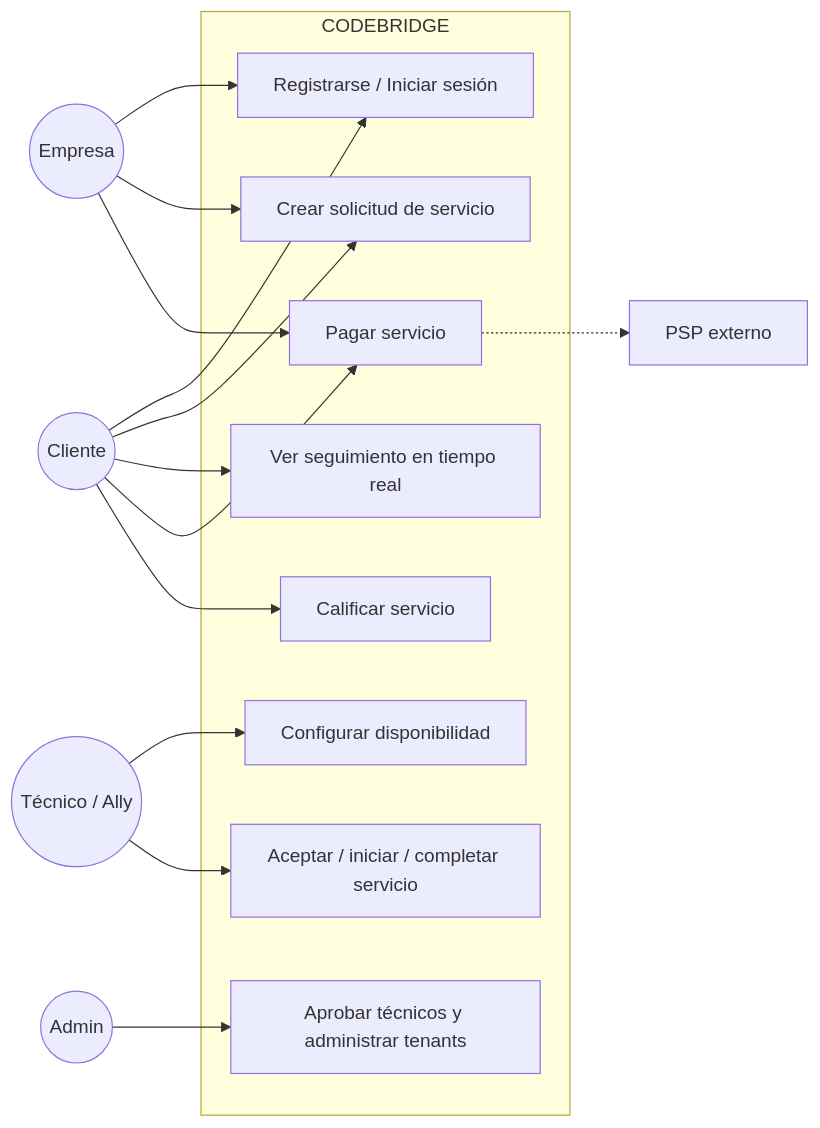
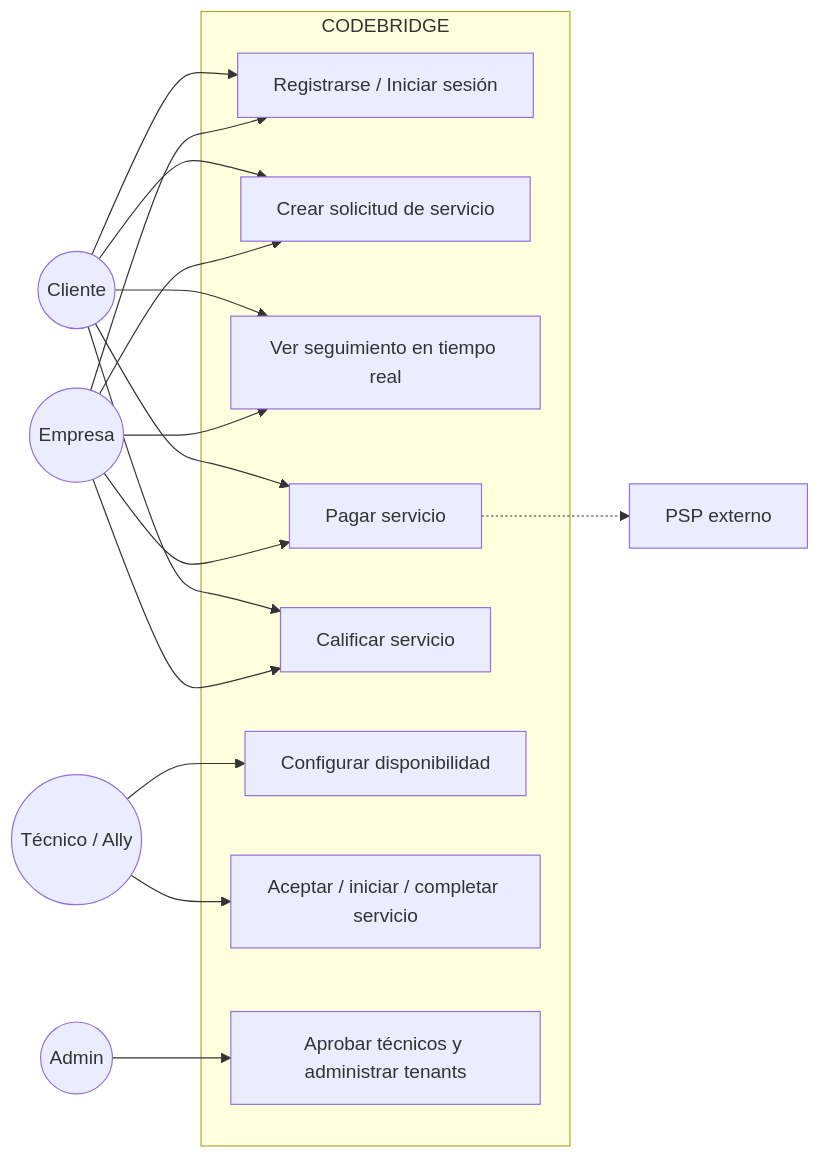
The first of 2 diagrams in README.md (AnGISIta12/Taller7), drawn with Mermaid before and after one commit. The commit also changed other lines of this file, not shown here.

````diff
--- a/README.md
+++ b/README.md
@@ -14,32 +14,34 @@
 ```mermaid
 flowchart LR
     Cliente((Cliente))
     Empresa((Empresa))
     Tecnico((Técnico / Ally))
     Admin((Admin))
     PSP[PSP externo]
 
     subgraph CODEBRIDGE [CODEBRIDGE]
         UC1[Registrarse / Iniciar sesión]
         UC2[Crear solicitud de servicio]
         UC3[Ver seguimiento en tiempo real]
         UC4[Pagar servicio]
         UC5[Calificar servicio]
         UC6[Configurar disponibilidad]
         UC7[Aceptar / iniciar / completar servicio]
         UC8[Aprobar técnicos y administrar tenants]
     end
 
     Cliente --> UC1
     Cliente --> UC2
     Cliente --> UC3
     Cliente --> UC4
     Cliente --> UC5
     Empresa --> UC1
     Empresa --> UC2
+    Empresa --> UC3
     Empresa --> UC4
+    Empresa --> UC5
     Tecnico --> UC6
     Tecnico --> UC7
     Admin --> UC8
     UC4 -.-> PSP
 ```
````
